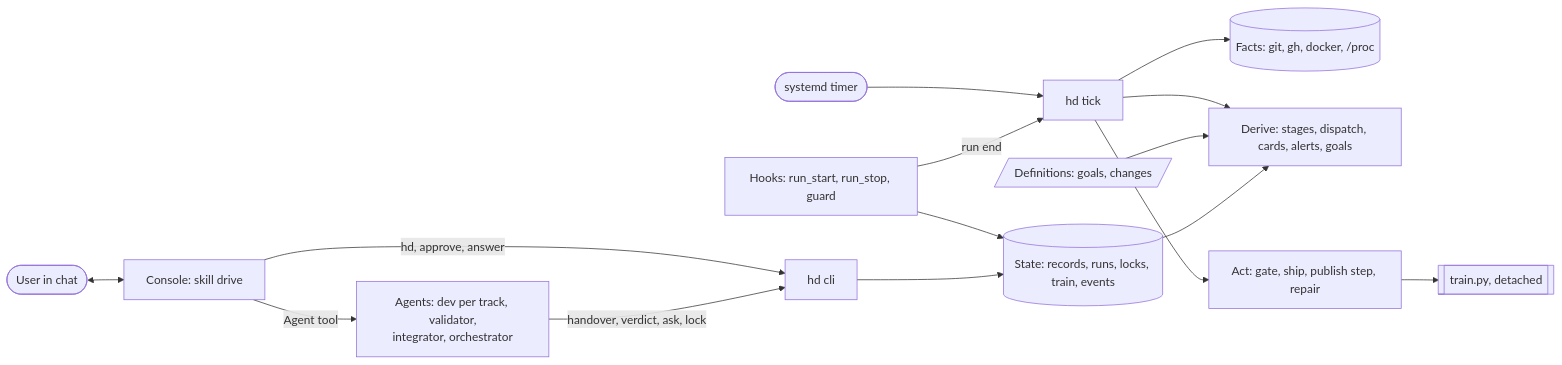
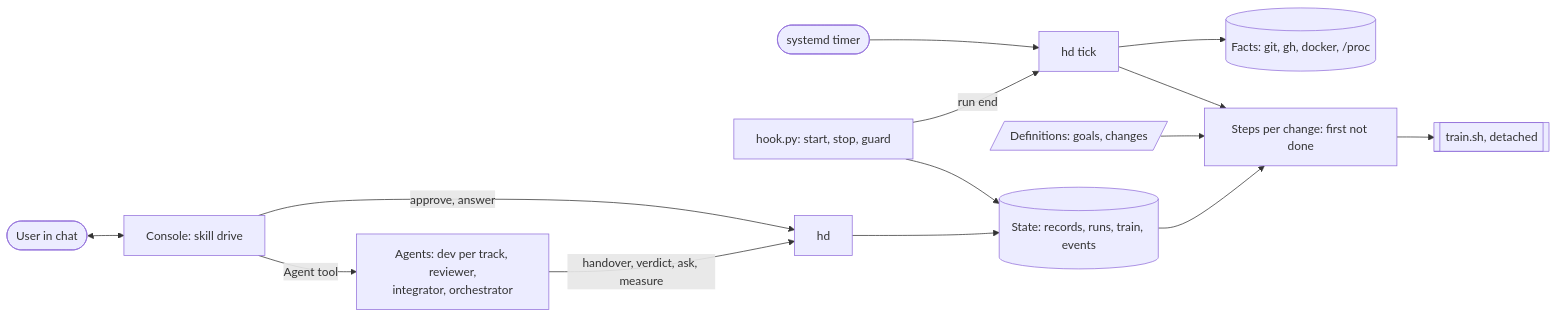
The first of 6 diagrams in docs/ARCHITECTURE.md (AlexPerrin/osrs-harness), drawn with Mermaid before and after one commit. The commit also changed other lines of this file and 3 other files, not shown here.

First line of the commit message:
docs: v7 derived from first principles; one mechanism (step lists); PROPOSAL for review

````diff
--- a/docs/ARCHITECTURE.md
+++ b/docs/ARCHITECTURE.md
@@ -16,17 +13,16 @@
 ```mermaid
 flowchart LR
   user([User in chat]) <--> console[Console: skill drive]
-  console -->|Agent tool| agents[Agents: dev per track, validator,<br/>integrator, orchestrator]
-  console -->|hd, approve, answer| cli[hd cli]
-  agents -->|handover, verdict, ask, lock| cli
-  hooks[Hooks: run_start, run_stop, guard] --> state[(State: records, runs, locks, train, events)]
+  console -->|Agent tool| agents[Agents: dev per track, reviewer,<br/>integrator, orchestrator]
+  console -->|approve, answer| cli[hd]
+  agents -->|handover, verdict, ask, measure| cli
+  hook[hook.py: start, stop, guard] --> state[(State: records, runs, train, events)]
   timer([systemd timer]) --> tick[hd tick]
-  hooks -->|run end| tick
-  tick --> observe[(Facts: git, gh, docker, /proc)]
-  tick --> derive[Derive: stages, dispatch, cards, alerts, goals]
-  tick --> act[Act: gate, ship, publish step, repair]
-  act --> train[[train.py, detached]]
-  defs[/Definitions: goals, changes/] --> derive
-  state --> derive
+  hook -->|run end| tick
+  tick --> facts[(Facts: git, gh, docker, /proc)]
+  tick --> steps[Steps per change: first not done]
+  steps --> train[[train.sh, detached]]
+  defs[/Definitions: goals, changes/] --> steps
+  state --> steps
   cli --> state
 ```
````
